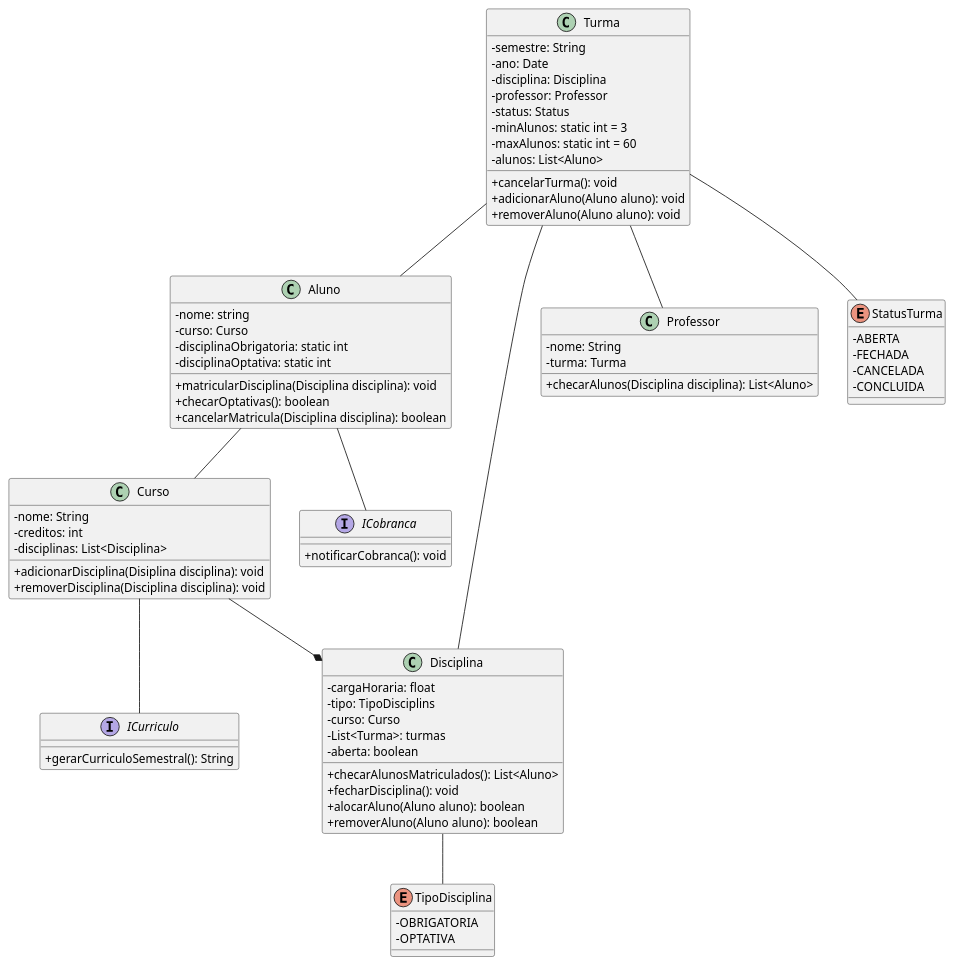
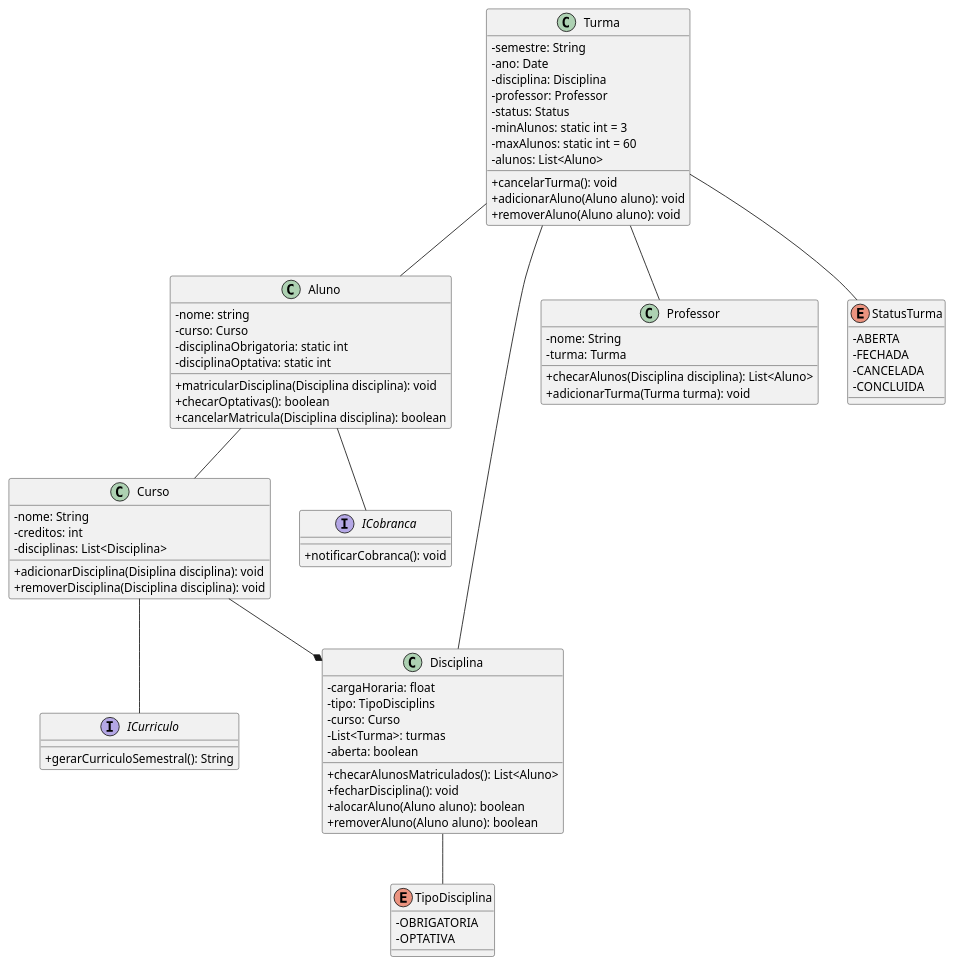
One commit to lucasxae/Enrollment-System changed the diagram in Projeto/DiagramaDeClasses.puml. Above: the diagram before and after it, drawn with PlantUML.

Commit message:
correção diagrama

```diff
--- a/Projeto/DiagramaDeClasses.puml
+++ b/Projeto/DiagramaDeClasses.puml
@@ -1,83 +1,84 @@
 @startuml
 Aluno -- Curso
 Curso --* Disciplina
 Turma -- Professor
 Turma -- Aluno
 Turma -- Disciplina
 Curso -- ICurriculo
 Aluno -- ICobranca
 Disciplina -- TipoDisciplina
 Turma -- StatusTurma
 
 class Curso{
     - nome: String
     - creditos: int
     - disciplinas: List<Disciplina> 
     + adicionarDisciplina(Disiplina disciplina): void
     + removerDisciplina(Disciplina disciplina): void
 }
 
 interface ICurriculo{
     + gerarCurriculoSemestral(): String
 }
 
 interface ICobranca{
     + notificarCobranca(): void
 }
 
 class Aluno{
     - nome: string
     - curso: Curso
     - disciplinaObrigatoria: static int
     - disciplinaOptativa: static int
     + matricularDisciplina(Disciplina disciplina): void
     + checarOptativas(): boolean
     + cancelarMatricula(Disciplina disciplina): boolean
 }
 
 class Professor{
     - nome: String
     - turma: Turma
     + checarAlunos(Disciplina disciplina): List<Aluno>
+    + adicionarTurma(Turma turma): void
 }
 
 class Disciplina {
     - cargaHoraria: float
     - tipo: TipoDisciplins
     - curso: Curso
     - List<Turma>: turmas
     - aberta: boolean
     + checarAlunosMatriculados(): List<Aluno>
     + fecharDisciplina(): void
     + alocarAluno(Aluno aluno): boolean
     + removerAluno(Aluno aluno): boolean
 }
 
 enum TipoDisciplina {
     - OBRIGATORIA
     - OPTATIVA
 }
 
 class Turma {
     - semestre: String
     - ano: Date
     - disciplina: Disciplina
     - professor: Professor
     - status: Status
     - minAlunos: static int = 3
     - maxAlunos: static int = 60
     - alunos: List<Aluno>
     + cancelarTurma(): void
     + adicionarAluno(Aluno aluno): void
     + removerAluno(Aluno aluno): void
 }
 
 enum StatusTurma {
     - ABERTA
     - FECHADA
     - CANCELADA
     - CONCLUIDA
 }
 
 skinparam classAttributeIconSize 0
 @enduml
```
